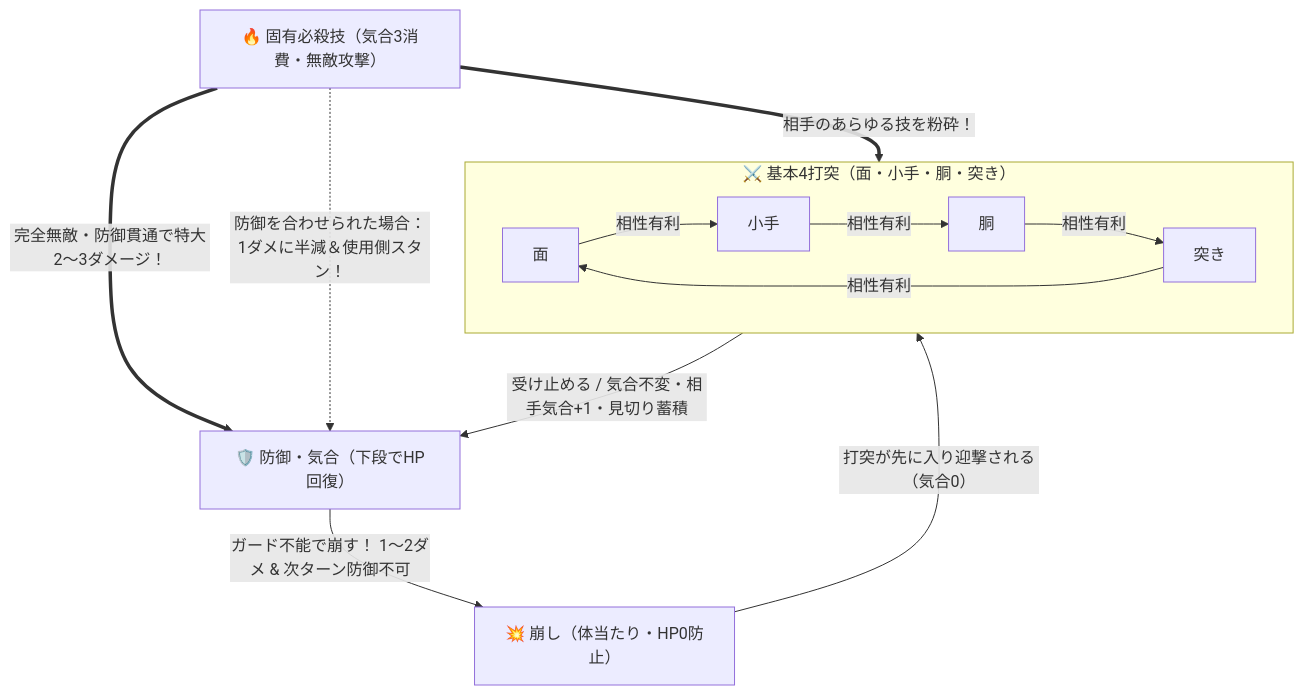
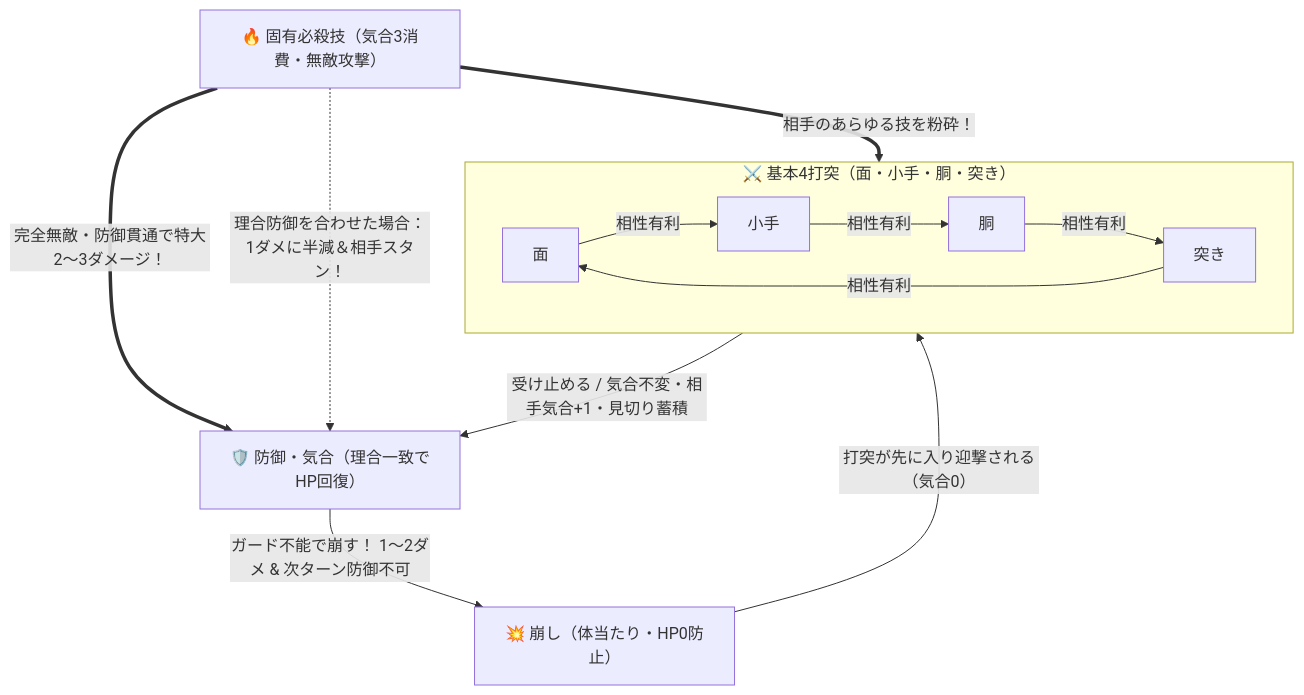
Before and after one commit to rinevo/Kendo: the diagram in README.md, drawn with Mermaid. The commit also changed other lines of this file and 5 other files, not shown here.

````diff
--- a/README.md
+++ b/README.md
@@ -65,20 +66,20 @@
 ```mermaid
 flowchart TD
     subgraph 基本4打突["⚔️ 基本4打突（面・小手・胴・突き）"]
         Men["面"] -->|相性有利| Kote["小手"]
         Kote -->|相性有利| Do["胴"]
         Do -->|相性有利| Tsuki["突き"]
         Tsuki -->|相性有利| Men
     end
 
-    Defend["🛡️ 防御・気合（下段でHP回復）"]
+    Defend["🛡️ 防御・気合（理合一致でHP回復）"]
     Break["💥 崩し（体当たり・HP0防止）"]
     Special["🔥 固有必殺技（気合3消費・無敵攻撃）"]
 
     基本4打突 -->|受け止める / 気合不変・相手気合+1・見切り蓄積| Defend
     Defend -->|ガード不能で崩す！ 1〜2ダメ & 次ターン防御不可| Break
     Break -->|打突が先に入り迎撃される（気合0）| 基本4打突
     Special ==>|完全無敵・防御貫通で特大2〜3ダメージ！| Defend
-    Special -.->|防御を合わせられた場合：1ダメに半減＆使用側スタン！| Defend
+    Special -.->|理合防御を合わせた場合：1ダメに半減＆相手スタン！| Defend
     Special ==>|相手のあらゆる技を粉砕！| 基本4打突
 ```
````
